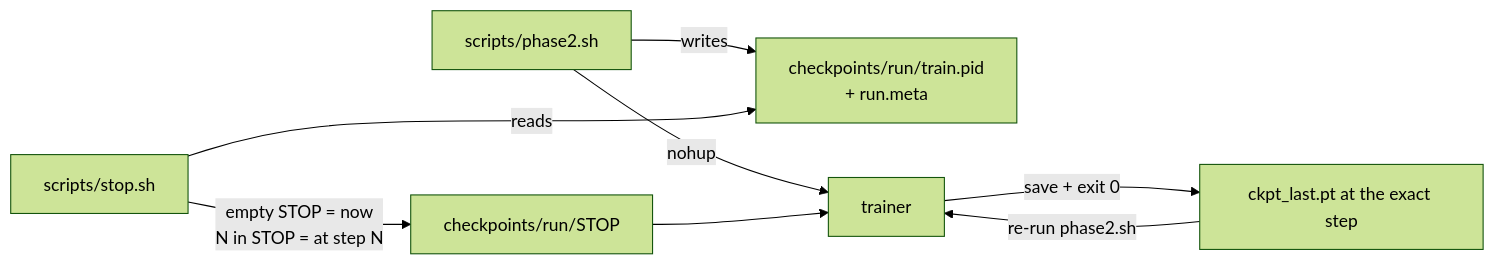
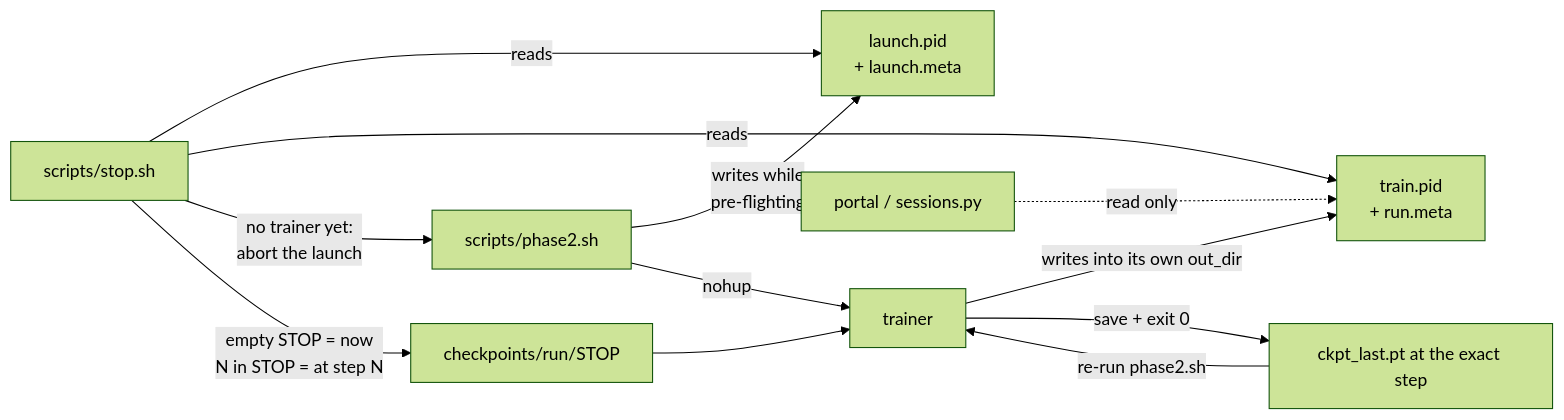
Before and after one commit to kunwarmahen/aksharallm: the first of 3 diagrams in docs/07-scaling.md, drawn with Mermaid (forest theme). The commit also changed other lines of this file and 10 other files, not shown here.

````diff
--- a/docs/07-scaling.md
+++ b/docs/07-scaling.md
@@ -227,10 +231,14 @@
 ```mermaid
 flowchart LR
-    P[scripts/phase2.sh] -->|writes| PID[checkpoints/run/train.pid<br/>+ run.meta]
+    P[scripts/phase2.sh] -->|"writes while<br/>pre-flighting"| LP[launch.pid<br/>+ launch.meta]
     P -->|nohup| T[trainer]
-    S[scripts/stop.sh] -->|reads| PID
+    T -->|"writes into its own out_dir"| PID[train.pid<br/>+ run.meta]
+    S[scripts/stop.sh] -->|reads| LP
+    S -->|reads| PID
+    S -->|"no trainer yet:<br/>abort the launch"| P
     S -->|"empty STOP = now<br/>N in STOP = at step N"| STOP[checkpoints/run/STOP]
     STOP --> T
     T -->|save + exit 0| CK[ckpt_last.pt at the exact step]
     CK -->|re-run phase2.sh| T
+    W[portal / sessions.py] -.->|read only| PID
 ```
````
